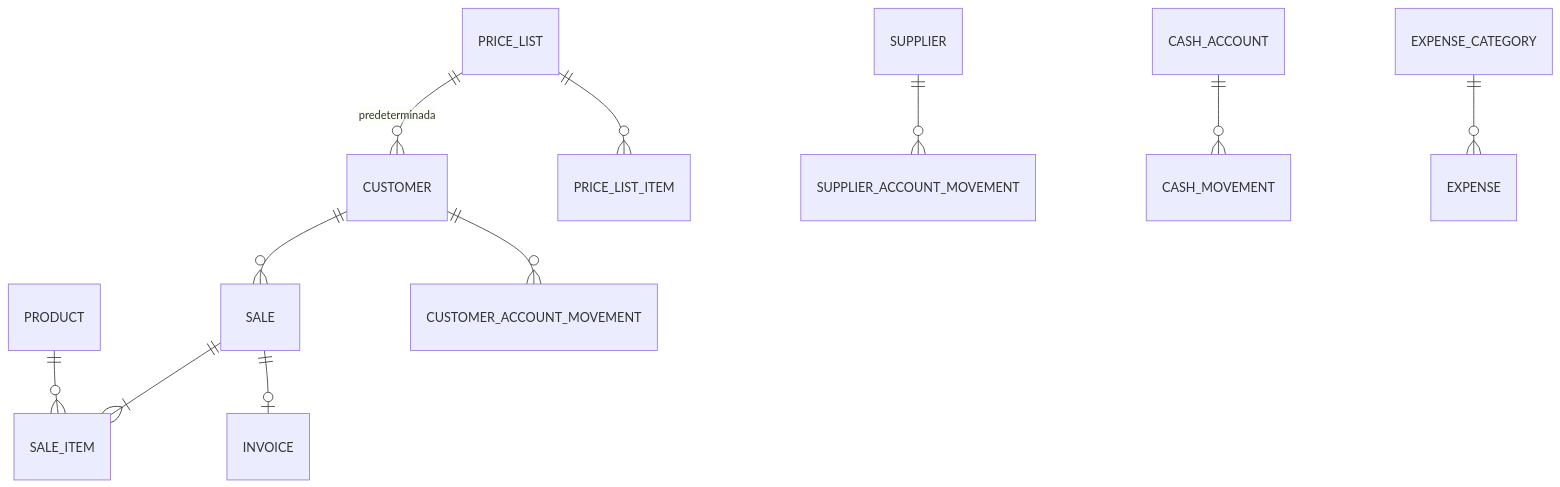
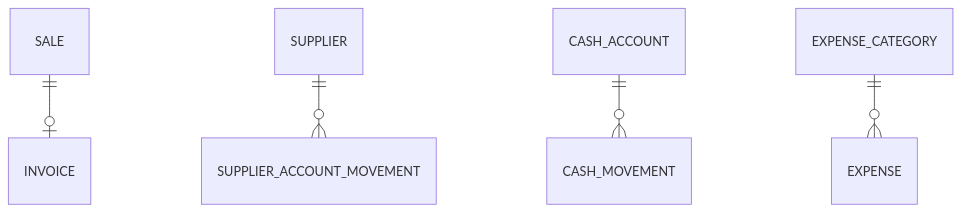
One commit to domusbrag/brurera changed the second of 2 diagrams in docs/DOMAIN_MODEL.md. Above: the diagram before and after it, drawn with Mermaid. The commit also changed other lines of this file and 107 other files, not shown here.

````diff
--- a/docs/DOMAIN_MODEL.md
+++ b/docs/DOMAIN_MODEL.md
@@ -112,14 +128,7 @@
 ```mermaid
 erDiagram
-    CUSTOMER ||--o{ SALE : ""
-    PRICE_LIST ||--o{ CUSTOMER : "predeterminada"
-    PRICE_LIST ||--o{ PRICE_LIST_ITEM : ""
-    SALE ||--|{ SALE_ITEM : ""
-    PRODUCT ||--o{ SALE_ITEM : ""
     SALE ||--o| INVOICE : ""
-
-    CUSTOMER ||--o{ CUSTOMER_ACCOUNT_MOVEMENT : ""
     SUPPLIER ||--o{ SUPPLIER_ACCOUNT_MOVEMENT : ""
     CASH_ACCOUNT ||--o{ CASH_MOVEMENT : ""
     EXPENSE_CATEGORY ||--o{ EXPENSE : ""
 ```
````
